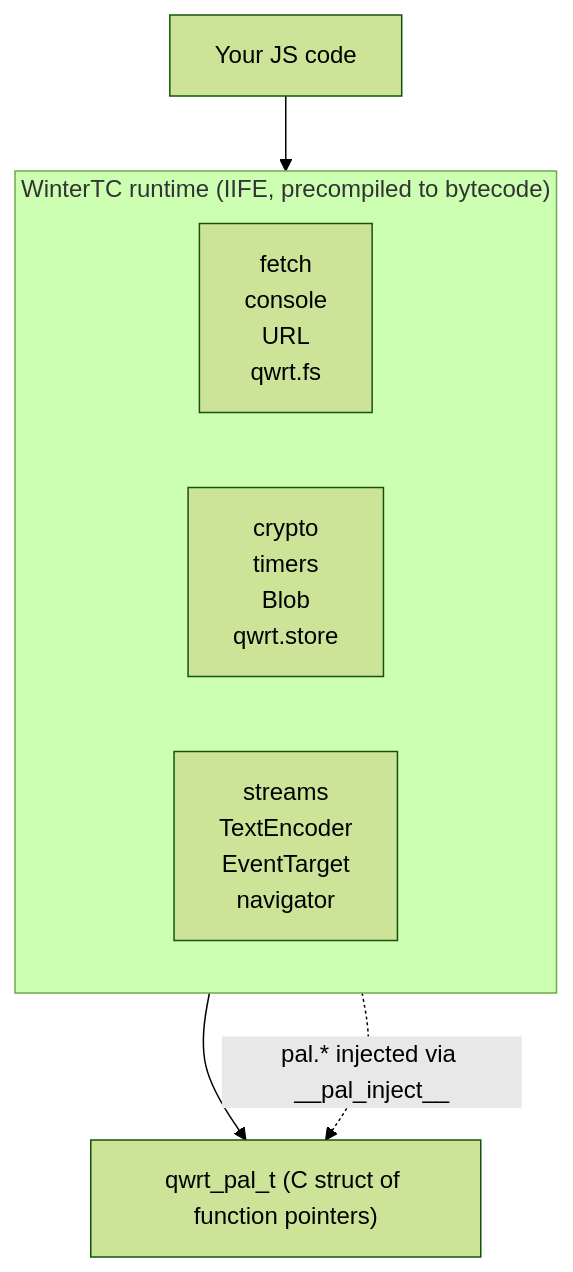
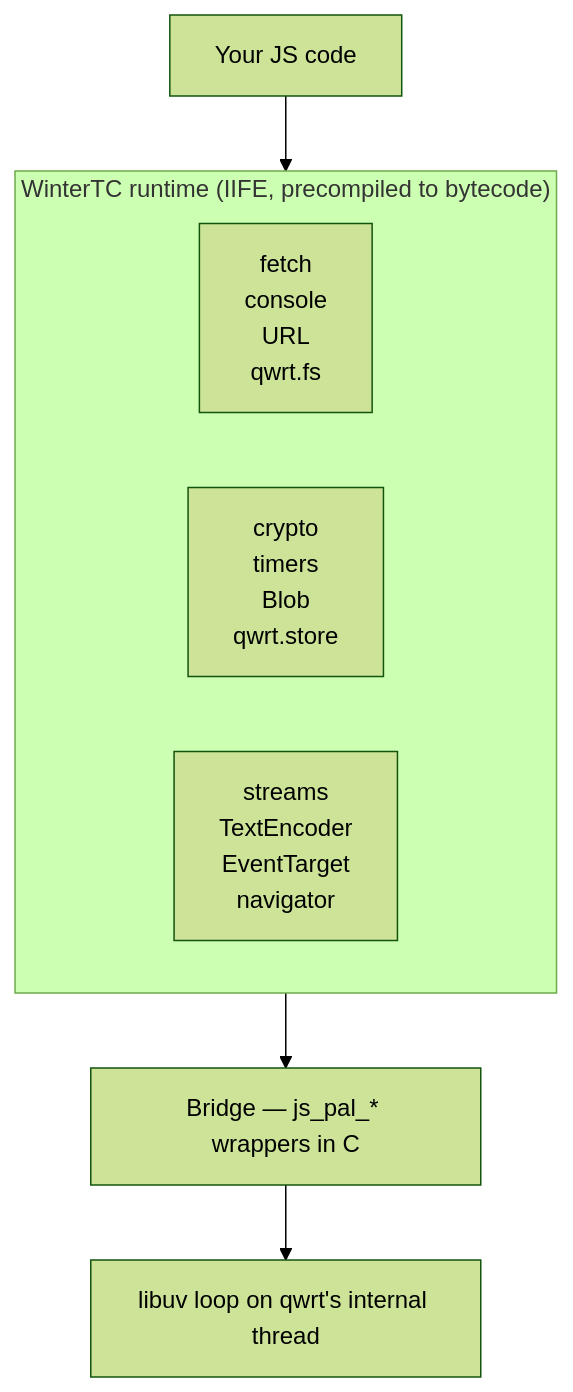
Before and after one commit to adam-ikari/qwrt: the diagram in docs/js-api/index.md, drawn with Mermaid (forest theme). The commit also changed other lines of this file and 163 other files, not shown here.

First line of the commit message:
refactor(qwrt): libuv-native execution model — drop PAL, own thread + loop

````diff
--- a/docs/js-api/index.md
+++ b/docs/js-api/index.md
@@ -12,12 +12,12 @@
 ```mermaid
 flowchart TB
     A["Your JS code"] --> B
     subgraph B["WinterTC runtime (IIFE, precompiled to bytecode)"]
         direction LR
         C["fetch<br/>console<br/>URL<br/>qwrt.fs"]
         D["crypto<br/>timers<br/>Blob<br/>qwrt.store"]
         E["streams<br/>TextEncoder<br/>EventTarget<br/>navigator"]
     end
-    B --> F["qwrt_pal_t (C struct of function pointers)"]
-    B -.->|pal.* injected via __pal_inject__| F
+    B --> G["Bridge — js_pal_* wrappers in C"]
+    G --> H["libuv loop on qwrt's internal thread"]
 ```
````
